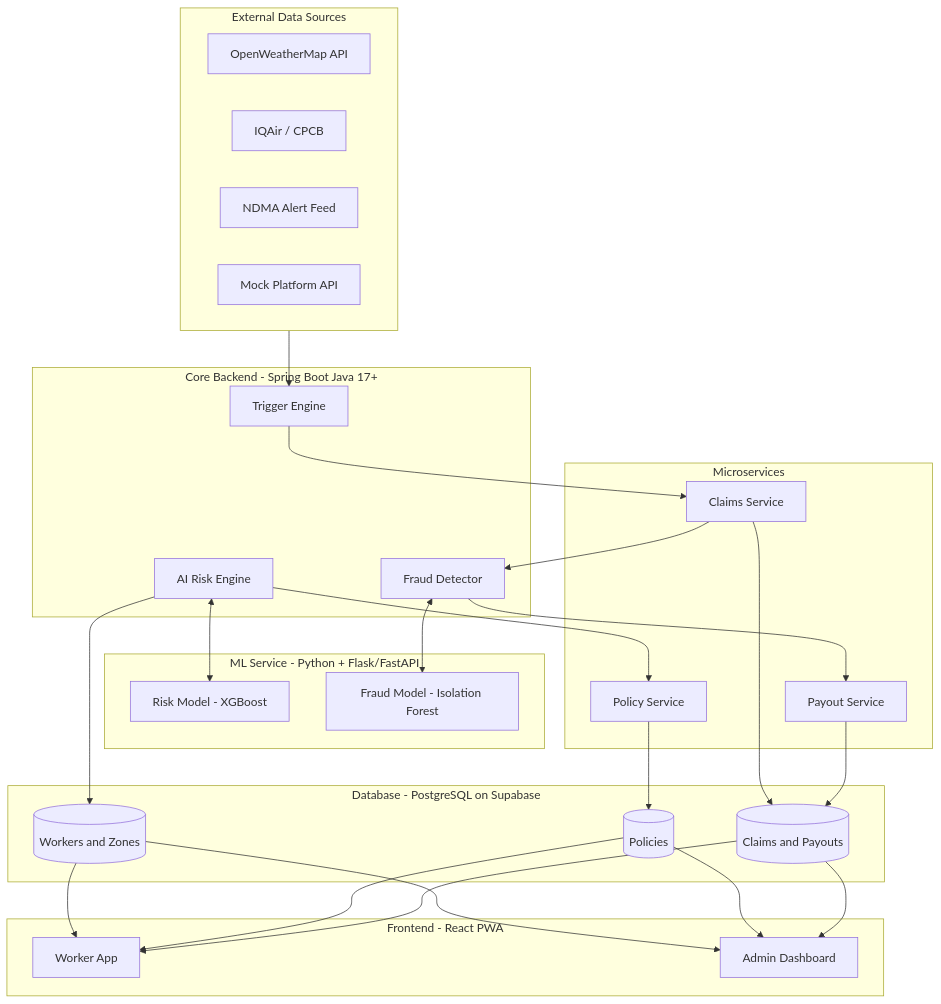
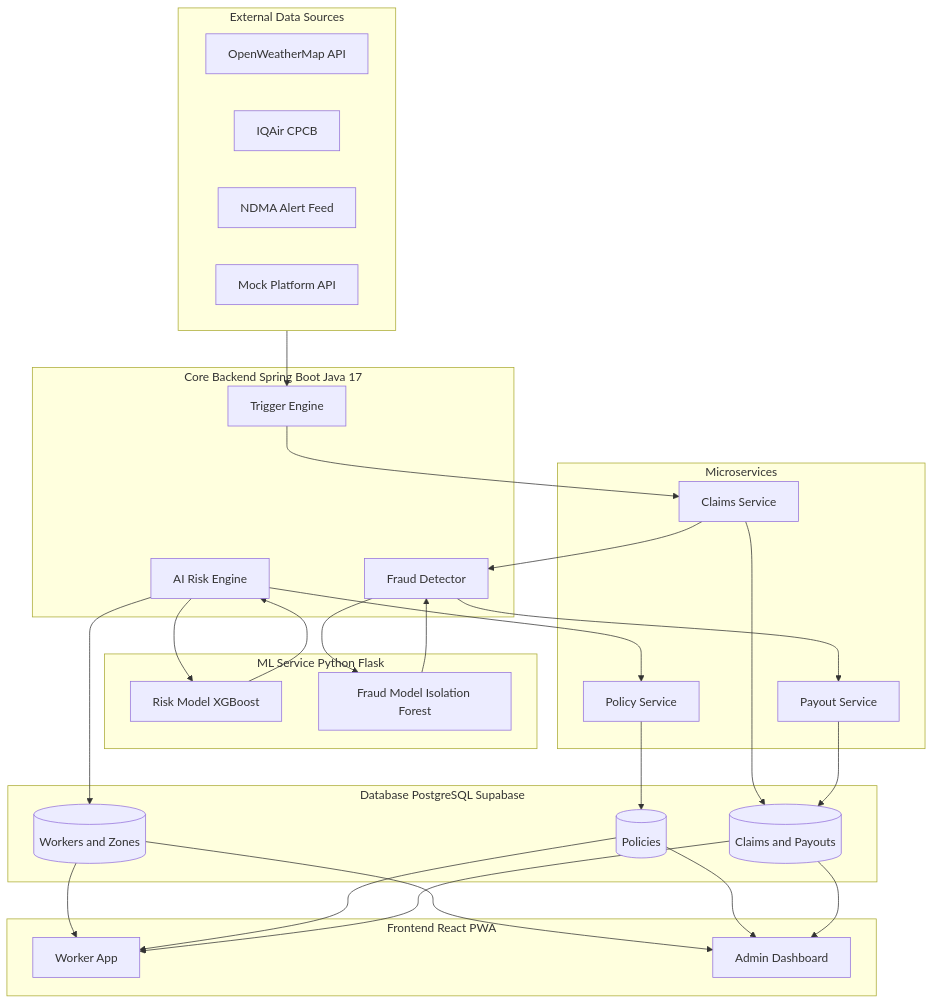
Before and after one commit to Ryuga-Mvp/GigShield: the first of 6 diagrams in README.md, drawn with Mermaid. The commit also changed other lines of this file, not shown here.

````diff
--- a/README.md
+++ b/README.md
@@ -85,51 +85,57 @@
 ```mermaid
 graph TB
-    subgraph EXT["External Data Sources"]
+    subgraph EXT[External Data Sources]
         W1[OpenWeatherMap API]
-        W2[IQAir / CPCB]
+        W2[IQAir CPCB]
         W3[NDMA Alert Feed]
         W4[Mock Platform API]
     end
 
-    subgraph CORE["Core Backend - Spring Boot Java 17+"]
+    subgraph CORE[Core Backend Spring Boot Java 17]
         TE[Trigger Engine]
         RE[AI Risk Engine]
         FD[Fraud Detector]
     end
 
-    subgraph ML["ML Service - Python + Flask/FastAPI"]
-        RM[Risk Model - XGBoost]
-        FM[Fraud Model - Isolation Forest]
+    subgraph ML[ML Service Python Flask]
+        RM[Risk Model XGBoost]
+        FM[Fraud Model Isolation Forest]
     end
 
-    subgraph SVC["Microservices"]
+    subgraph SVC[Microservices]
         CS[Claims Service]
         PS[Policy Service]
         PY[Payout Service]
     end
 
-    subgraph DB["Database - PostgreSQL on Supabase"]
+    subgraph DB[Database PostgreSQL Supabase]
         D1[(Workers and Zones)]
         D2[(Policies)]
         D3[(Claims and Payouts)]
     end
 
-    subgraph FE["Frontend - React PWA"]
+    subgraph FE[Frontend React PWA]
         WA[Worker App]
         AD[Admin Dashboard]
     end
 
     EXT --> TE
     TE --> CS
     RE --> PS
-    RE <--> RM
-    FD <--> FM
+    RE --> RM
+    RM --> RE
+    FD --> FM
+    FM --> FD
     CS --> FD
     FD --> PY
     CS --> D3
     PS --> D2
     PY --> D3
     RE --> D1
-    D1 & D2 & D3 --> WA
-    D1 & D2 & D3 --> AD
+    D1 --> WA
+    D2 --> WA
+    D3 --> WA
+    D1 --> AD
+    D2 --> AD
+    D3 --> AD
 ```
````
